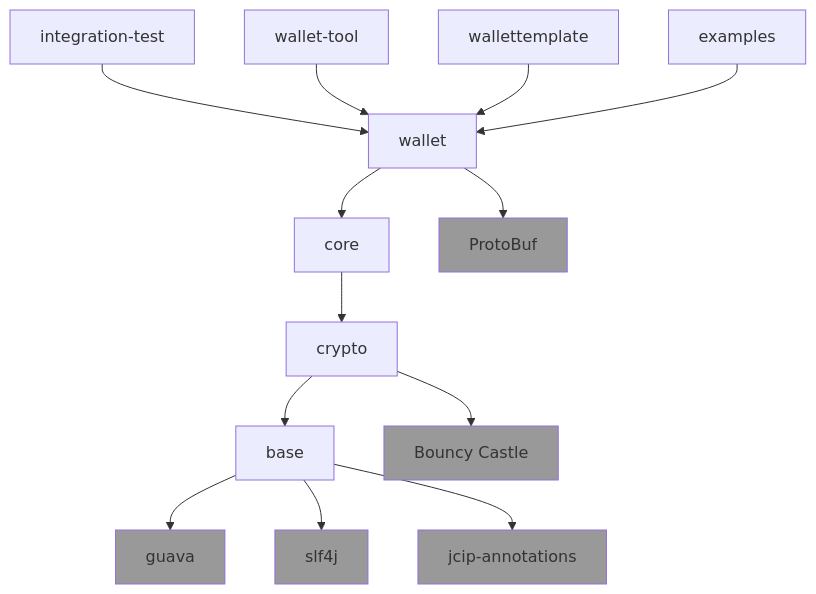
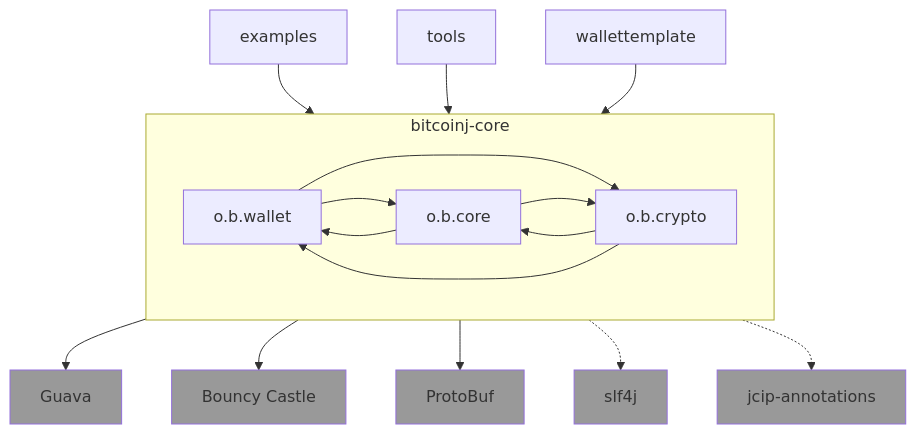
Before and after one commit to bitcoinj/bitcoinj: the first of 4 diagrams in designdocs/modular-architecture.md, drawn with Mermaid. The commit also changed other lines of this file, not shown here.

First line of the commit message:
modular-architecture: improve diagrams show 4 releases

`````diff
--- a/designdocs/modular-architecture.md
+++ b/designdocs/modular-architecture.md
@@ -6,17 +9,22 @@
 ````mermaid
-graph TD
-    B[base] --> G[guava]
-    B --> S[slf4j]
-    B --> A[jcip-annotations]
-    CR[crypto] --> BC[Bouncy Castle]
-    CR --> B
-    CO[core] --> CR
-    W --> P[ProtoBuf]
-    W[wallet] --> CO
-    I[integration-test] --> W
-    WT[wallet-tool] --> W
-    FX[wallettemplate] --> W
-    E[examples] --> W
+flowchart TD
+    E[examples] --> CORE
+    T[tools] --> CORE
+    FX[wallettemplate] --> CORE
+    subgraph CORE [bitcoinj-core]
+        W[o.b.wallet] --> CO
+        W --> CR
+        CO[o.b.core] --> CR
+        CO --> W
+        CR[o.b.crypto] --> CO
+        CR --> W
+    end
+    CORE --> G[Guava]
+    CORE --> BC[Bouncy Castle]
+    CORE --> P[ProtoBuf]
+    CORE .-> S[slf4j]
+    CORE .-> A[jcip-annotations]
+
 classDef external fill:#999;
 class G,S,A,BC,P external;
 ````
`````
